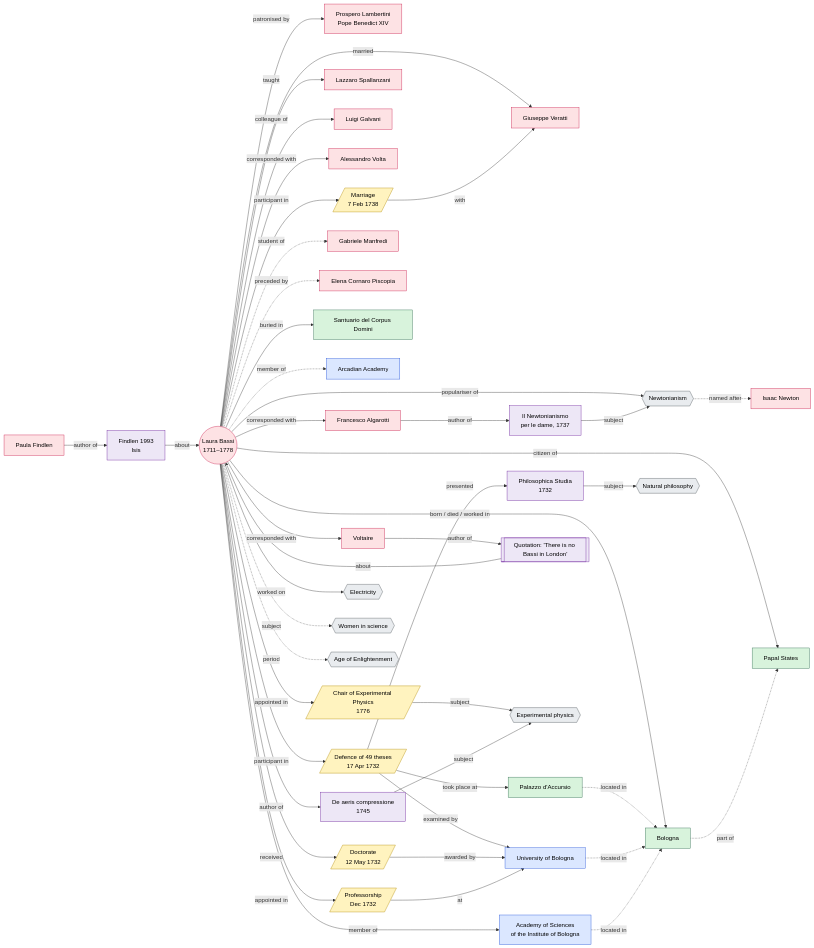
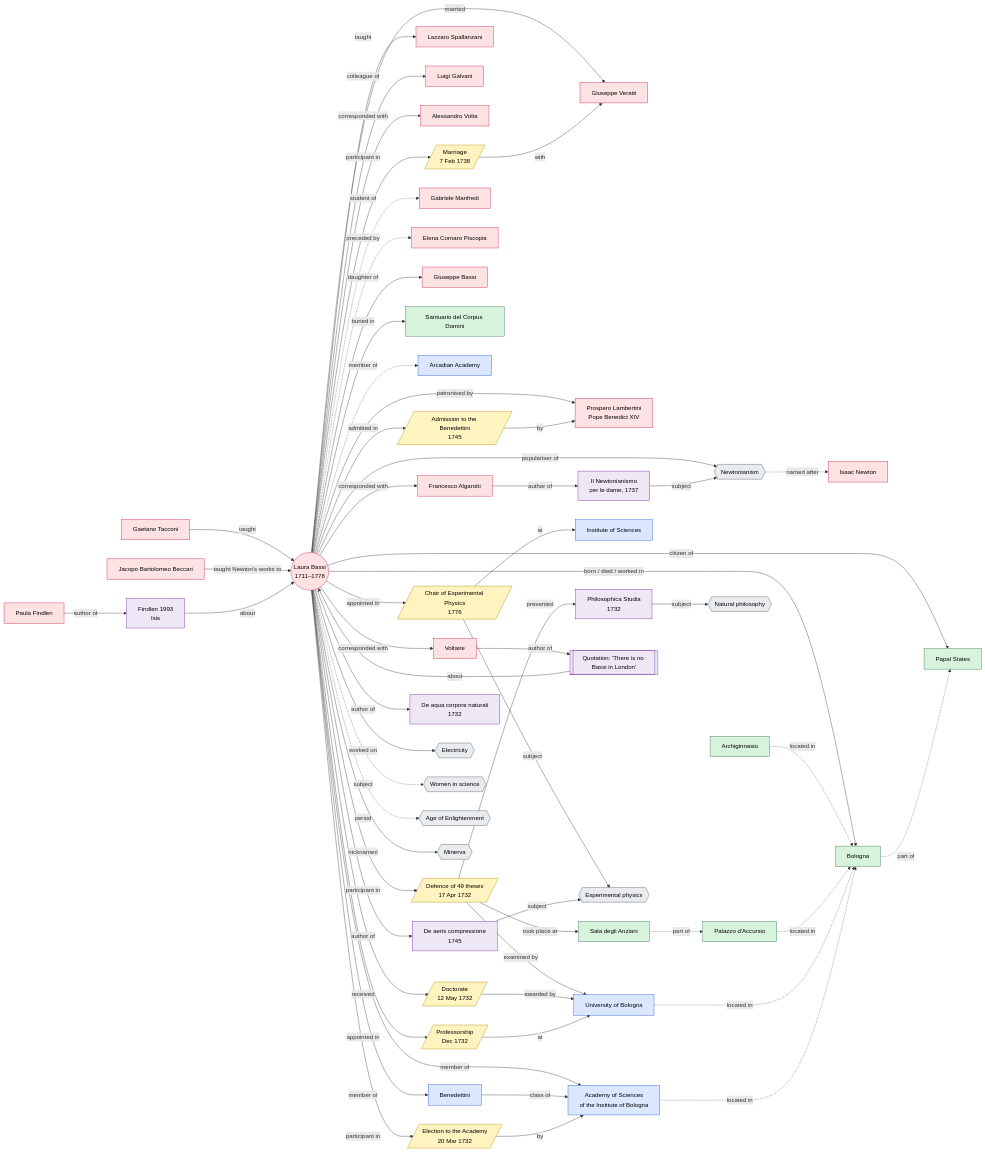
Before and after one commit to xenia2525/laura-bassi-lod: the diagram in models/theoretical_model.md, drawn with Mermaid. The commit also changed other lines of this file and 13 other files, not shown here.

```diff
--- a/models/theoretical_model.md
+++ b/models/theoretical_model.md
@@ -29,6 +29,9 @@
   ECP[Elena Cornaro Piscopia]:::person
   NEW[Isaac Newton]:::person
   PF[Paula Findlen]:::person
+  GB[Giuseppe Bassi]:::person
+  TAC[Gaetano Tacconi]:::person
+  BEC[Jacopo Bartolomeo Beccari]:::person
 
   %% places & organisations
   BO[Bologna]:::place
@@ -38,6 +41,10 @@
   UNI[University of Bologna]:::org
   ACC[Academy of Sciences<br/>of the Institute of Bologna]:::org
   ARC[Arcadian Academy]:::org
+  INS[Institute of Sciences]:::org
+  BEN[Benedettini]:::org
+  SA[Sala degli Anziani]:::place
+  ARCH[Archiginnasio]:::place
 
   %% events
   E1[/Defence of 49 theses<br/>17 Apr 1732/]:::event
@@ -45,12 +52,15 @@
   E3[/Professorship<br/>Dec 1732/]:::event
   E4[/Marriage<br/>7 Feb 1738/]:::event
   E5[/Chair of Experimental Physics<br/>1776/]:::event
+  E0[/Election to the Academy<br/>20 Mar 1732/]:::event
+  E6[/Admission to the Benedettini<br/>1745/]:::event
 
   %% works
   W1[Philosophica Studia<br/>1732]:::work
   W2[De aeris compressione<br/>1745]:::work
   W3[Il Newtonianismo<br/>per le dame, 1737]:::work
   W4[Findlen 1993<br/>Isis]:::work
+  W5[De aqua corpore naturali<br/>1732]:::work
   Q[["Quotation: 'There is no Bassi in London'"]]:::work
 
   %% concepts
@@ -60,6 +70,7 @@
   C4{{Electricity}}:::concept
   C5{{Women in science}}:::concept
   C6{{Age of Enlightenment}}:::concept
+  C7{{Minerva}}:::concept
 
   %% relations
   LB -- born / died / worked in --> BO
@@ -76,9 +87,22 @@
   LB -.member of.-> ARC
   LB -.student of.-> MAN
   LB -.preceded by.-> ECP
+  LB -- daughter of --> GB
+  TAC -- taught --> LB
+  BEC -- taught Newton's works to --> LB
+  LB -- member of --> BEN
+  BEN -- class of --> ACC
+  LB -- nicknamed --> C7
 
   LB -- participant in --> E1
-  E1 -- took place at --> PA
+  E1 -- took place at --> SA
+  SA -.part of.-> PA
+  ARCH -.located in.-> BO
+  LB -- participant in --> E0
+  E0 -- by --> ACC
+  LB -- admitted in --> E6
+  E6 -- by --> B14
+  LB -- author of --> W5
   E1 -- presented --> W1
   E1 -- examined by --> UNI
   LB -- received --> E2
@@ -89,6 +113,7 @@
   E4 -- with --> GV
   LB -- appointed in --> E5
   E5 -- subject --> C2
+  E5 -- at --> INS
 
   LB -- author of --> W2
   W1 -- subject --> C3
```
